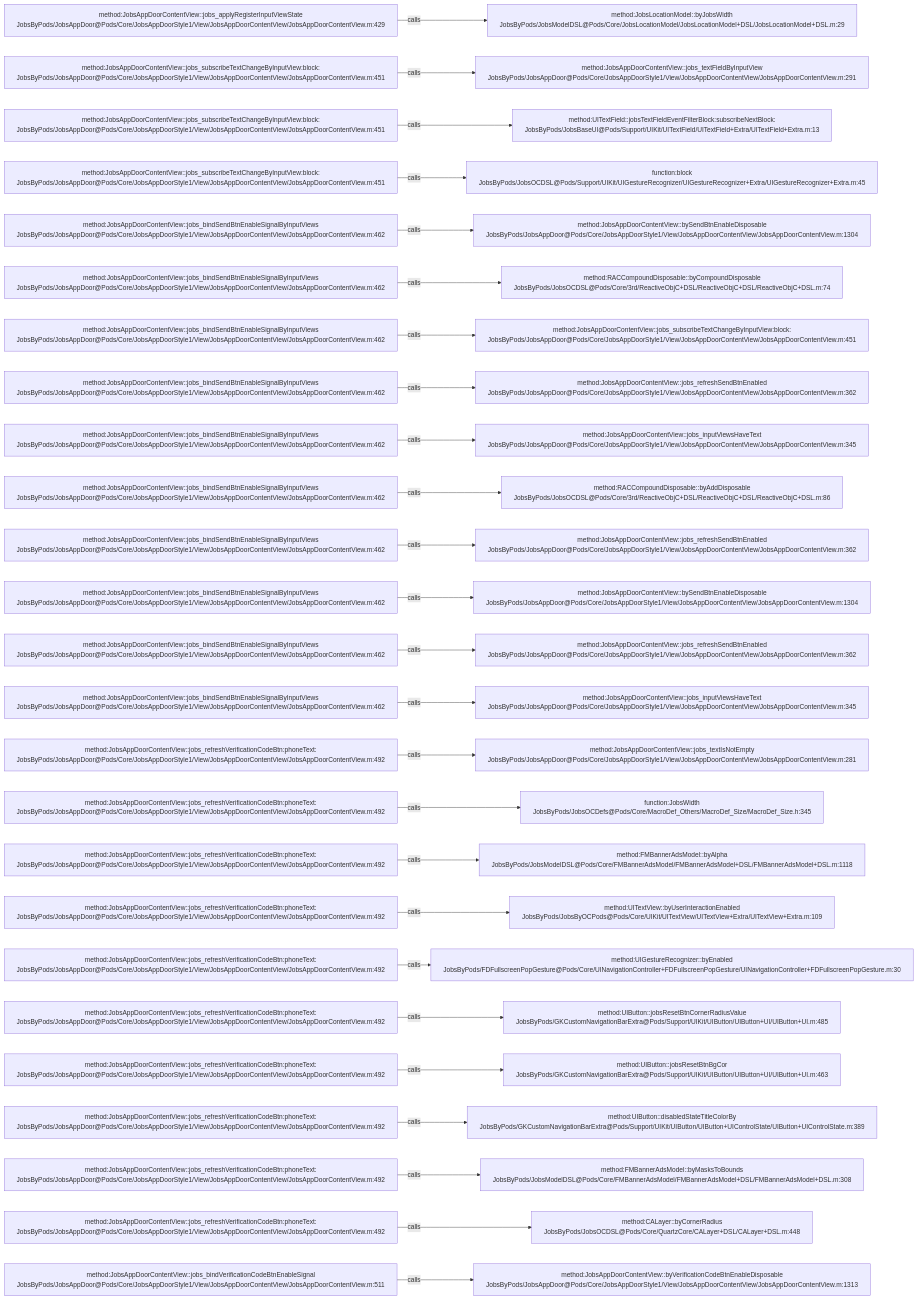
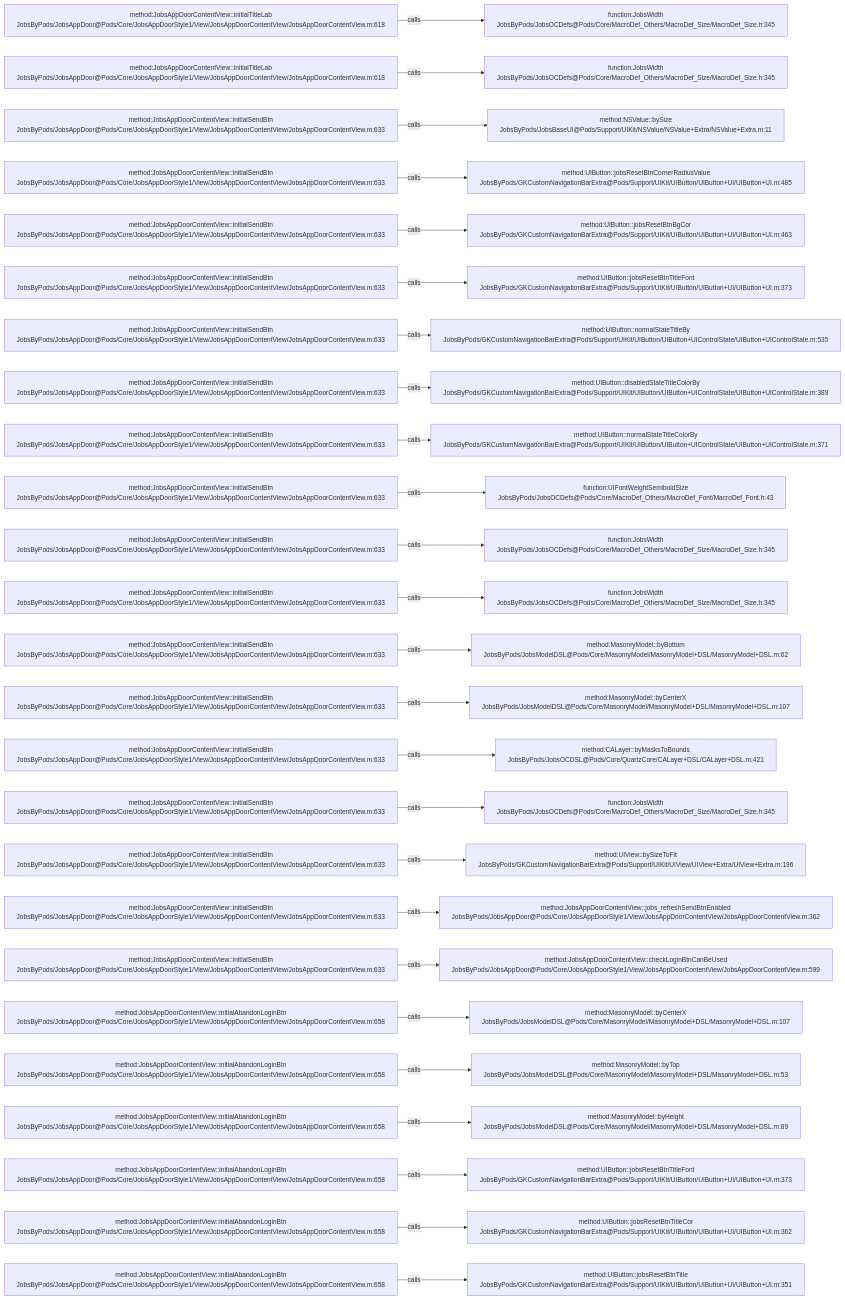
One commit to JobsKits/JobsOCBaseConfigDemo changed the diagram in .codegraph/codegraph.md/graphs/calls-093.md. Above: the diagram before and after it, drawn with Mermaid. The commit also changed 223 other files, not shown here.

````diff
--- a/.codegraph/codegraph.md/graphs/calls-093.md
+++ b/.codegraph/codegraph.md/graphs/calls-093.md
@@ -13,78 +13,78 @@
 ```mermaid
 flowchart LR
-  S1["method:JobsAppDoorContentView::jobs_applyRegisterInputViewState<br/>JobsByPods/JobsAppDoor@Pods/Core/JobsAppDoorStyle1/View/JobsAppDoorContentView/JobsAppDoorContentView.m:429"]
-  T1["method:JobsLocationModel::byJobsWidth<br/>JobsByPods/JobsModelDSL@Pods/Core/JobsLocationModel/JobsLocationModel+DSL/JobsLocationModel+DSL.m:29"]
+  S1["method:JobsAppDoorContentView::initialTitleLab<br/>JobsByPods/JobsAppDoor@Pods/Core/JobsAppDoorStyle1/View/JobsAppDoorContentView/JobsAppDoorContentView.m:618"]
+  T1["function:JobsWidth<br/>JobsByPods/JobsOCDefs@Pods/Core/MacroDef_Others/MacroDef_Size/MacroDef_Size.h:345"]
   S1 -->|calls| T1
-  S2["method:JobsAppDoorContentView::jobs_subscribeTextChangeByInputView:block:<br/>JobsByPods/JobsAppDoor@Pods/Core/JobsAppDoorStyle1/View/JobsAppDoorContentView/JobsAppDoorContentView.m:451"]
-  T2["method:JobsAppDoorContentView::jobs_textFieldByInputView<br/>JobsByPods/JobsAppDoor@Pods/Core/JobsAppDoorStyle1/View/JobsAppDoorContentView/JobsAppDoorContentView.m:291"]
+  S2["method:JobsAppDoorContentView::initialTitleLab<br/>JobsByPods/JobsAppDoor@Pods/Core/JobsAppDoorStyle1/View/JobsAppDoorContentView/JobsAppDoorContentView.m:618"]
+  T2["function:JobsWidth<br/>JobsByPods/JobsOCDefs@Pods/Core/MacroDef_Others/MacroDef_Size/MacroDef_Size.h:345"]
   S2 -->|calls| T2
-  S3["method:JobsAppDoorContentView::jobs_subscribeTextChangeByInputView:block:<br/>JobsByPods/JobsAppDoor@Pods/Core/JobsAppDoorStyle1/View/JobsAppDoorContentView/JobsAppDoorContentView.m:451"]
-  T3["method:UITextField::jobsTextFieldEventFilterBlock:subscribeNextBlock:<br/>JobsByPods/JobsBaseUI@Pods/Support/UIKit/UITextField/UITextField+Extra/UITextField+Extra.m:13"]
+  S3["method:JobsAppDoorContentView::initialSendBtn<br/>JobsByPods/JobsAppDoor@Pods/Core/JobsAppDoorStyle1/View/JobsAppDoorContentView/JobsAppDoorContentView.m:633"]
+  T3["method:NSValue::bySize<br/>JobsByPods/JobsBaseUI@Pods/Support/UIKit/NSValue/NSValue+Extra/NSValue+Extra.m:11"]
   S3 -->|calls| T3
-  S4["method:JobsAppDoorContentView::jobs_subscribeTextChangeByInputView:block:<br/>JobsByPods/JobsAppDoor@Pods/Core/JobsAppDoorStyle1/View/JobsAppDoorContentView/JobsAppDoorContentView.m:451"]
-  T4["function:block<br/>JobsByPods/JobsOCDSL@Pods/Support/UIKit/UIGestureRecognizer/UIGestureRecognizer+Extra/UIGestureRecognizer+Extra.m:45"]
+  S4["method:JobsAppDoorContentView::initialSendBtn<br/>JobsByPods/JobsAppDoor@Pods/Core/JobsAppDoorStyle1/View/JobsAppDoorContentView/JobsAppDoorContentView.m:633"]
+  T4["method:UIButton::jobsResetBtnCornerRadiusValue<br/>JobsByPods/GKCustomNavigationBarExtra@Pods/Support/UIKit/UIButton/UIButton+UI/UIButton+UI.m:485"]
   S4 -->|calls| T4
-  S5["method:JobsAppDoorContentView::jobs_bindSendBtnEnableSignalByInputViews<br/>JobsByPods/JobsAppDoor@Pods/Core/JobsAppDoorStyle1/View/JobsAppDoorContentView/JobsAppDoorContentView.m:462"]
-  T5["method:JobsAppDoorContentView::bySendBtnEnableDisposable<br/>JobsByPods/JobsAppDoor@Pods/Core/JobsAppDoorStyle1/View/JobsAppDoorContentView/JobsAppDoorContentView.m:1304"]
+  S5["method:JobsAppDoorContentView::initialSendBtn<br/>JobsByPods/JobsAppDoor@Pods/Core/JobsAppDoorStyle1/View/JobsAppDoorContentView/JobsAppDoorContentView.m:633"]
+  T5["method:UIButton::jobsResetBtnBgCor<br/>JobsByPods/GKCustomNavigationBarExtra@Pods/Support/UIKit/UIButton/UIButton+UI/UIButton+UI.m:463"]
   S5 -->|calls| T5
-  S6["method:JobsAppDoorContentView::jobs_bindSendBtnEnableSignalByInputViews<br/>JobsByPods/JobsAppDoor@Pods/Core/JobsAppDoorStyle1/View/JobsAppDoorContentView/JobsAppDoorContentView.m:462"]
-  T6["method:RACCompoundDisposable::byCompoundDisposable<br/>JobsByPods/JobsOCDSL@Pods/Core/3rd/ReactiveObjC+DSL/ReactiveObjC+DSL/ReactiveObjC+DSL.m:74"]
+  S6["method:JobsAppDoorContentView::initialSendBtn<br/>JobsByPods/JobsAppDoor@Pods/Core/JobsAppDoorStyle1/View/JobsAppDoorContentView/JobsAppDoorContentView.m:633"]
+  T6["method:UIButton::jobsResetBtnTitleFont<br/>JobsByPods/GKCustomNavigationBarExtra@Pods/Support/UIKit/UIButton/UIButton+UI/UIButton+UI.m:373"]
   S6 -->|calls| T6
-  S7["method:JobsAppDoorContentView::jobs_bindSendBtnEnableSignalByInputViews<br/>JobsByPods/JobsAppDoor@Pods/Core/JobsAppDoorStyle1/View/JobsAppDoorContentView/JobsAppDoorContentView.m:462"]
-  T7["method:JobsAppDoorContentView::jobs_subscribeTextChangeByInputView:block:<br/>JobsByPods/JobsAppDoor@Pods/Core/JobsAppDoorStyle1/View/JobsAppDoorContentView/JobsAppDoorContentView.m:451"]
+  S7["method:JobsAppDoorContentView::initialSendBtn<br/>JobsByPods/JobsAppDoor@Pods/Core/JobsAppDoorStyle1/View/JobsAppDoorContentView/JobsAppDoorContentView.m:633"]
+  T7["method:UIButton::normalStateTitleBy<br/>JobsByPods/GKCustomNavigationBarExtra@Pods/Support/UIKit/UIButton/UIButton+UIControlState/UIButton+UIControlState.m:535"]
   S7 -->|calls| T7
-  S8["method:JobsAppDoorContentView::jobs_bindSendBtnEnableSignalByInputViews<br/>JobsByPods/JobsAppDoor@Pods/Core/JobsAppDoorStyle1/View/JobsAppDoorContentView/JobsAppDoorContentView.m:462"]
-  T8["method:JobsAppDoorContentView::jobs_refreshSendBtnEnabled<br/>JobsByPods/JobsAppDoor@Pods/Core/JobsAppDoorStyle1/View/JobsAppDoorContentView/JobsAppDoorContentView.m:362"]
+  S8["method:JobsAppDoorContentView::initialSendBtn<br/>JobsByPods/JobsAppDoor@Pods/Core/JobsAppDoorStyle1/View/JobsAppDoorContentView/JobsAppDoorContentView.m:633"]
+  T8["method:UIButton::disabledStateTitleColorBy<br/>JobsByPods/GKCustomNavigationBarExtra@Pods/Support/UIKit/UIButton/UIButton+UIControlState/UIButton+UIControlState.m:389"]
   S8 -->|calls| T8
-  S9["method:JobsAppDoorContentView::jobs_bindSendBtnEnableSignalByInputViews<br/>JobsByPods/JobsAppDoor@Pods/Core/JobsAppDoorStyle1/View/JobsAppDoorContentView/JobsAppDoorContentView.m:462"]
-  T9["method:JobsAppDoorContentView::jobs_inputViewsHaveText<br/>JobsByPods/JobsAppDoor@Pods/Core/JobsAppDoorStyle1/View/JobsAppDoorContentView/JobsAppDoorContentView.m:345"]
+  S9["method:JobsAppDoorContentView::initialSendBtn<br/>JobsByPods/JobsAppDoor@Pods/Core/JobsAppDoorStyle1/View/JobsAppDoorContentView/JobsAppDoorContentView.m:633"]
+  T9["method:UIButton::normalStateTitleColorBy<br/>JobsByPods/GKCustomNavigationBarExtra@Pods/Support/UIKit/UIButton/UIButton+UIControlState/UIButton+UIControlState.m:371"]
   S9 -->|calls| T9
-  S10["method:JobsAppDoorContentView::jobs_bindSendBtnEnableSignalByInputViews<br/>JobsByPods/JobsAppDoor@Pods/Core/JobsAppDoorStyle1/View/JobsAppDoorContentView/JobsAppDoorContentView.m:462"]
-  T10["method:RACCompoundDisposable::byAddDisposable<br/>JobsByPods/JobsOCDSL@Pods/Core/3rd/ReactiveObjC+DSL/ReactiveObjC+DSL/ReactiveObjC+DSL.m:86"]
+  S10["method:JobsAppDoorContentView::initialSendBtn<br/>JobsByPods/JobsAppDoor@Pods/Core/JobsAppDoorStyle1/View/JobsAppDoorContentView/JobsAppDoorContentView.m:633"]
+  T10["function:UIFontWeightSemiboldSize<br/>JobsByPods/JobsOCDefs@Pods/Core/MacroDef_Others/MacroDef_Font/MacroDef_Font.h:43"]
   S10 -->|calls| T10
-  S11["method:JobsAppDoorContentView::jobs_bindSendBtnEnableSignalByInputViews<br/>JobsByPods/JobsAppDoor@Pods/Core/JobsAppDoorStyle1/View/JobsAppDoorContentView/JobsAppDoorContentView.m:462"]
-  T11["method:JobsAppDoorContentView::jobs_refreshSendBtnEnabled<br/>JobsByPods/JobsAppDoor@Pods/Core/JobsAppDoorStyle1/View/JobsAppDoorContentView/JobsAppDoorContentView.m:362"]
+  S11["method:JobsAppDoorContentView::initialSendBtn<br/>JobsByPods/JobsAppDoor@Pods/Core/JobsAppDoorStyle1/View/JobsAppDoorContentView/JobsAppDoorContentView.m:633"]
+  T11["function:JobsWidth<br/>JobsByPods/JobsOCDefs@Pods/Core/MacroDef_Others/MacroDef_Size/MacroDef_Size.h:345"]
   S11 -->|calls| T11
-  S12["method:JobsAppDoorContentView::jobs_bindSendBtnEnableSignalByInputViews<br/>JobsByPods/JobsAppDoor@Pods/Core/JobsAppDoorStyle1/View/JobsAppDoorContentView/JobsAppDoorContentView.m:462"]
-  T12["method:JobsAppDoorContentView::bySendBtnEnableDisposable<br/>JobsByPods/JobsAppDoor@Pods/Core/JobsAppDoorStyle1/View/JobsAppDoorContentView/JobsAppDoorContentView.m:1304"]
+  S12["method:JobsAppDoorContentView::initialSendBtn<br/>JobsByPods/JobsAppDoor@Pods/Core/JobsAppDoorStyle1/View/JobsAppDoorContentView/JobsAppDoorContentView.m:633"]
+  T12["function:JobsWidth<br/>JobsByPods/JobsOCDefs@Pods/Core/MacroDef_Others/MacroDef_Size/MacroDef_Size.h:345"]
   S12 -->|calls| T12
-  S13["method:JobsAppDoorContentView::jobs_bindSendBtnEnableSignalByInputViews<br/>JobsByPods/JobsAppDoor@Pods/Core/JobsAppDoorStyle1/View/JobsAppDoorContentView/JobsAppDoorContentView.m:462"]
-  T13["method:JobsAppDoorContentView::jobs_refreshSendBtnEnabled<br/>JobsByPods/JobsAppDoor@Pods/Core/JobsAppDoorStyle1/View/JobsAppDoorContentView/JobsAppDoorContentView.m:362"]
+  S13["method:JobsAppDoorContentView::initialSendBtn<br/>JobsByPods/JobsAppDoor@Pods/Core/JobsAppDoorStyle1/View/JobsAppDoorContentView/JobsAppDoorContentView.m:633"]
+  T13["method:MasonryModel::byBottom<br/>JobsByPods/JobsModelDSL@Pods/Core/MasonryModel/MasonryModel+DSL/MasonryModel+DSL.m:62"]
   S13 -->|calls| T13
-  S14["method:JobsAppDoorContentView::jobs_bindSendBtnEnableSignalByInputViews<br/>JobsByPods/JobsAppDoor@Pods/Core/JobsAppDoorStyle1/View/JobsAppDoorContentView/JobsAppDoorContentView.m:462"]
-  T14["method:JobsAppDoorContentView::jobs_inputViewsHaveText<br/>JobsByPods/JobsAppDoor@Pods/Core/JobsAppDoorStyle1/View/JobsAppDoorContentView/JobsAppDoorContentView.m:345"]
+  S14["method:JobsAppDoorContentView::initialSendBtn<br/>JobsByPods/JobsAppDoor@Pods/Core/JobsAppDoorStyle1/View/JobsAppDoorContentView/JobsAppDoorContentView.m:633"]
+  T14["method:MasonryModel::byCenterX<br/>JobsByPods/JobsModelDSL@Pods/Core/MasonryModel/MasonryModel+DSL/MasonryModel+DSL.m:107"]
   S14 -->|calls| T14
-  S15["method:JobsAppDoorContentView::jobs_refreshVerificationCodeBtn:phoneText:<br/>JobsByPods/JobsAppDoor@Pods/Core/JobsAppDoorStyle1/View/JobsAppDoorContentView/JobsAppDoorContentView.m:492"]
-  T15["method:JobsAppDoorContentView::jobs_textIsNotEmpty<br/>JobsByPods/JobsAppDoor@Pods/Core/JobsAppDoorStyle1/View/JobsAppDoorContentView/JobsAppDoorContentView.m:281"]
+  S15["method:JobsAppDoorContentView::initialSendBtn<br/>JobsByPods/JobsAppDoor@Pods/Core/JobsAppDoorStyle1/View/JobsAppDoorContentView/JobsAppDoorContentView.m:633"]
+  T15["method:CALayer::byMasksToBounds<br/>JobsByPods/JobsOCDSL@Pods/Core/QuartzCore/CALayer+DSL/CALayer+DSL.m:421"]
   S15 -->|calls| T15
-  S16["method:JobsAppDoorContentView::jobs_refreshVerificationCodeBtn:phoneText:<br/>JobsByPods/JobsAppDoor@Pods/Core/JobsAppDoorStyle1/View/JobsAppDoorContentView/JobsAppDoorContentView.m:492"]
+  S16["method:JobsAppDoorContentView::initialSendBtn<br/>JobsByPods/JobsAppDoor@Pods/Core/JobsAppDoorStyle1/View/JobsAppDoorContentView/JobsAppDoorContentView.m:633"]
   T16["function:JobsWidth<br/>JobsByPods/JobsOCDefs@Pods/Core/MacroDef_Others/MacroDef_Size/MacroDef_Size.h:345"]
   S16 -->|calls| T16
-  S17["method:JobsAppDoorContentView::jobs_refreshVerificationCodeBtn:phoneText:<br/>JobsByPods/JobsAppDoor@Pods/Core/JobsAppDoorStyle1/View/JobsAppDoorContentView/JobsAppDoorContentView.m:492"]
-  T17["method:FMBannerAdsModel::byAlpha<br/>JobsByPods/JobsModelDSL@Pods/Core/FMBannerAdsModel/FMBannerAdsModel+DSL/FMBannerAdsModel+DSL.m:1118"]
+  S17["method:JobsAppDoorContentView::initialSendBtn<br/>JobsByPods/JobsAppDoor@Pods/Core/JobsAppDoorStyle1/View/JobsAppDoorContentView/JobsAppDoorContentView.m:633"]
+  T17["method:UIView::bySizeToFit<br/>JobsByPods/GKCustomNavigationBarExtra@Pods/Support/UIKit/UIView/UIView+Extra/UIView+Extra.m:196"]
   S17 -->|calls| T17
-  S18["method:JobsAppDoorContentView::jobs_refreshVerificationCodeBtn:phoneText:<br/>JobsByPods/JobsAppDoor@Pods/Core/JobsAppDoorStyle1/View/JobsAppDoorContentView/JobsAppDoorContentView.m:492"]
-  T18["method:UITextView::byUserInteractionEnabled<br/>JobsByPods/JobsByOCPods@Pods/Core/UIKit/UITextView/UITextView+Extra/UITextView+Extra.m:109"]
+  S18["method:JobsAppDoorContentView::initialSendBtn<br/>JobsByPods/JobsAppDoor@Pods/Core/JobsAppDoorStyle1/View/JobsAppDoorContentView/JobsAppDoorContentView.m:633"]
+  T18["method:JobsAppDoorContentView::jobs_refreshSendBtnEnabled<br/>JobsByPods/JobsAppDoor@Pods/Core/JobsAppDoorStyle1/View/JobsAppDoorContentView/JobsAppDoorContentView.m:362"]
   S18 -->|calls| T18
-  S19["method:JobsAppDoorContentView::jobs_refreshVerificationCodeBtn:phoneText:<br/>JobsByPods/JobsAppDoor@Pods/Core/JobsAppDoorStyle1/View/JobsAppDoorContentView/JobsAppDoorContentView.m:492"]
-  T19["method:UIGestureRecognizer::byEnabled<br/>JobsByPods/FDFullscreenPopGesture@Pods/Core/UINavigationController+FDFullscreenPopGesture/UINavigationController+FDFullscreenPopGesture.m:30"]
+  S19["method:JobsAppDoorContentView::initialSendBtn<br/>JobsByPods/JobsAppDoor@Pods/Core/JobsAppDoorStyle1/View/JobsAppDoorContentView/JobsAppDoorContentView.m:633"]
+  T19["method:JobsAppDoorContentView::checkLoginBtnCanBeUsed<br/>JobsByPods/JobsAppDoor@Pods/Core/JobsAppDoorStyle1/View/JobsAppDoorContentView/JobsAppDoorContentView.m:599"]
   S19 -->|calls| T19
-  S20["method:JobsAppDoorContentView::jobs_refreshVerificationCodeBtn:phoneText:<br/>JobsByPods/JobsAppDoor@Pods/Core/JobsAppDoorStyle1/View/JobsAppDoorContentView/JobsAppDoorContentView.m:492"]
-  T20["method:UIButton::jobsResetBtnCornerRadiusValue<br/>JobsByPods/GKCustomNavigationBarExtra@Pods/Support/UIKit/UIButton/UIButton+UI/UIButton+UI.m:485"]
+  S20["method:JobsAppDoorContentView::initialAbandonLoginBtn<br/>JobsByPods/JobsAppDoor@Pods/Core/JobsAppDoorStyle1/View/JobsAppDoorContentView/JobsAppDoorContentView.m:658"]
+  T20["method:MasonryModel::byCenterX<br/>JobsByPods/JobsModelDSL@Pods/Core/MasonryModel/MasonryModel+DSL/MasonryModel+DSL.m:107"]
   S20 -->|calls| T20
-  S21["method:JobsAppDoorContentView::jobs_refreshVerificationCodeBtn:phoneText:<br/>JobsByPods/JobsAppDoor@Pods/Core/JobsAppDoorStyle1/View/JobsAppDoorContentView/JobsAppDoorContentView.m:492"]
-  T21["method:UIButton::jobsResetBtnBgCor<br/>JobsByPods/GKCustomNavigationBarExtra@Pods/Support/UIKit/UIButton/UIButton+UI/UIButton+UI.m:463"]
+  S21["method:JobsAppDoorContentView::initialAbandonLoginBtn<br/>JobsByPods/JobsAppDoor@Pods/Core/JobsAppDoorStyle1/View/JobsAppDoorContentView/JobsAppDoorContentView.m:658"]
+  T21["method:MasonryModel::byTop<br/>JobsByPods/JobsModelDSL@Pods/Core/MasonryModel/MasonryModel+DSL/MasonryModel+DSL.m:53"]
   S21 -->|calls| T21
-  S22["method:JobsAppDoorContentView::jobs_refreshVerificationCodeBtn:phoneText:<br/>JobsByPods/JobsAppDoor@Pods/Core/JobsAppDoorStyle1/View/JobsAppDoorContentView/JobsAppDoorContentView.m:492"]
-  T22["method:UIButton::disabledStateTitleColorBy<br/>JobsByPods/GKCustomNavigationBarExtra@Pods/Support/UIKit/UIButton/UIButton+UIControlState/UIButton+UIControlState.m:389"]
+  S22["method:JobsAppDoorContentView::initialAbandonLoginBtn<br/>JobsByPods/JobsAppDoor@Pods/Core/JobsAppDoorStyle1/View/JobsAppDoorContentView/JobsAppDoorContentView.m:658"]
+  T22["method:MasonryModel::byHeight<br/>JobsByPods/JobsModelDSL@Pods/Core/MasonryModel/MasonryModel+DSL/MasonryModel+DSL.m:89"]
   S22 -->|calls| T22
-  S23["method:JobsAppDoorContentView::jobs_refreshVerificationCodeBtn:phoneText:<br/>JobsByPods/JobsAppDoor@Pods/Core/JobsAppDoorStyle1/View/JobsAppDoorContentView/JobsAppDoorContentView.m:492"]
-  T23["method:FMBannerAdsModel::byMasksToBounds<br/>JobsByPods/JobsModelDSL@Pods/Core/FMBannerAdsModel/FMBannerAdsModel+DSL/FMBannerAdsModel+DSL.m:308"]
+  S23["method:JobsAppDoorContentView::initialAbandonLoginBtn<br/>JobsByPods/JobsAppDoor@Pods/Core/JobsAppDoorStyle1/View/JobsAppDoorContentView/JobsAppDoorContentView.m:658"]
+  T23["method:UIButton::jobsResetBtnTitleFont<br/>JobsByPods/GKCustomNavigationBarExtra@Pods/Support/UIKit/UIButton/UIButton+UI/UIButton+UI.m:373"]
   S23 -->|calls| T23
-  S24["method:JobsAppDoorContentView::jobs_refreshVerificationCodeBtn:phoneText:<br/>JobsByPods/JobsAppDoor@Pods/Core/JobsAppDoorStyle1/View/JobsAppDoorContentView/JobsAppDoorContentView.m:492"]
-  T24["method:CALayer::byCornerRadius<br/>JobsByPods/JobsOCDSL@Pods/Core/QuartzCore/CALayer+DSL/CALayer+DSL.m:448"]
+  S24["method:JobsAppDoorContentView::initialAbandonLoginBtn<br/>JobsByPods/JobsAppDoor@Pods/Core/JobsAppDoorStyle1/View/JobsAppDoorContentView/JobsAppDoorContentView.m:658"]
+  T24["method:UIButton::jobsResetBtnTitleCor<br/>JobsByPods/GKCustomNavigationBarExtra@Pods/Support/UIKit/UIButton/UIButton+UI/UIButton+UI.m:362"]
   S24 -->|calls| T24
-  S25["method:JobsAppDoorContentView::jobs_bindVerificationCodeBtnEnableSignal<br/>JobsByPods/JobsAppDoor@Pods/Core/JobsAppDoorStyle1/View/JobsAppDoorContentView/JobsAppDoorContentView.m:511"]
-  T25["method:JobsAppDoorContentView::byVerificationCodeBtnEnableDisposable<br/>JobsByPods/JobsAppDoor@Pods/Core/JobsAppDoorStyle1/View/JobsAppDoorContentView/JobsAppDoorContentView.m:1313"]
+  S25["method:JobsAppDoorContentView::initialAbandonLoginBtn<br/>JobsByPods/JobsAppDoor@Pods/Core/JobsAppDoorStyle1/View/JobsAppDoorContentView/JobsAppDoorContentView.m:658"]
+  T25["method:UIButton::jobsResetBtnTitle<br/>JobsByPods/GKCustomNavigationBarExtra@Pods/Support/UIKit/UIButton/UIButton+UI/UIButton+UI.m:351"]
   S25 -->|calls| T25
 ```
````
